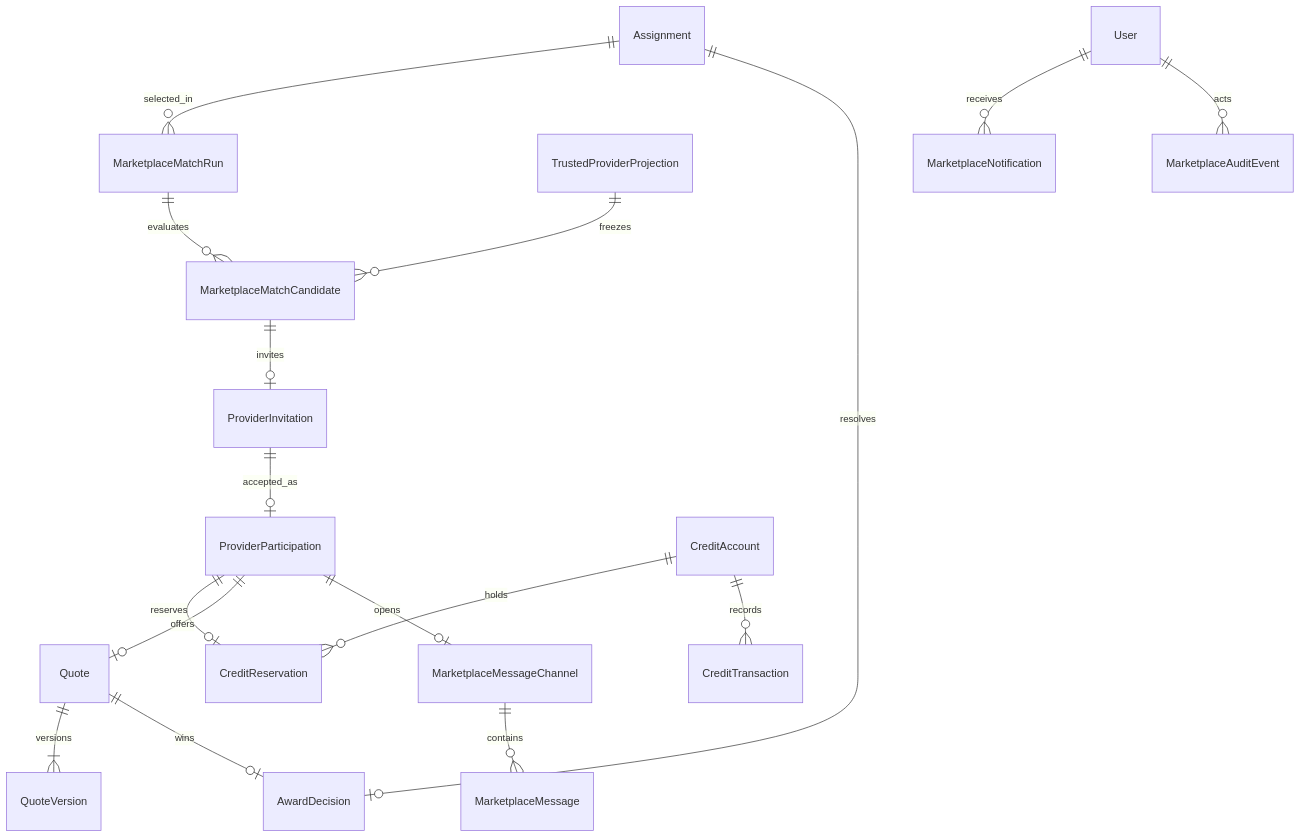
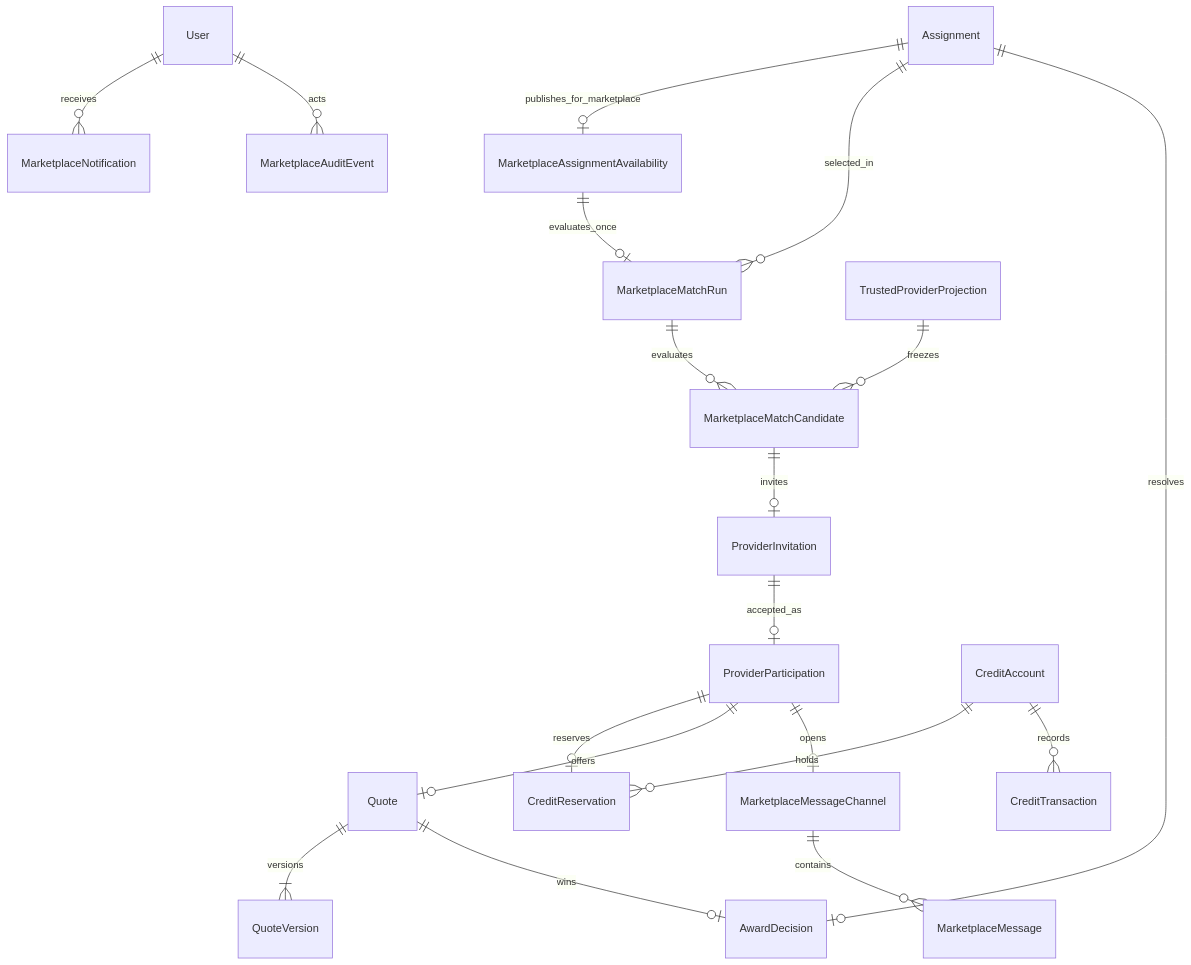
One commit to WorkMatchr/platform changed diagram 16 of 18 in docs/ERD.md. Above: the diagram before and after it, drawn with Mermaid. The commit also changed other lines of this file and 16 other files, not shown here.

Commit message:
Add marketplace assignment eligibility events

````diff
--- a/docs/ERD.md
+++ b/docs/ERD.md
@@ -621,19 +621,21 @@
 ```mermaid
 erDiagram
+  Assignment ||--o| MarketplaceAssignmentAvailability : publishes_for_marketplace
+  MarketplaceAssignmentAvailability ||--o| MarketplaceMatchRun : evaluates_once
   Assignment ||--o{ MarketplaceMatchRun : selected_in
   MarketplaceMatchRun ||--o{ MarketplaceMatchCandidate : evaluates
   TrustedProviderProjection ||--o{ MarketplaceMatchCandidate : freezes
   MarketplaceMatchCandidate ||--o| ProviderInvitation : invites
   ProviderInvitation ||--o| ProviderParticipation : accepted_as
   ProviderParticipation ||--o| CreditReservation : reserves
   ProviderParticipation ||--o| Quote : offers
   Quote ||--|{ QuoteVersion : versions
   Quote ||--o| AwardDecision : wins
   Assignment ||--o| AwardDecision : resolves
   CreditAccount ||--o{ CreditReservation : holds
   CreditAccount ||--o{ CreditTransaction : records
   ProviderParticipation ||--o| MarketplaceMessageChannel : opens
   MarketplaceMessageChannel ||--o{ MarketplaceMessage : contains
   User ||--o{ MarketplaceNotification : receives
   User ||--o{ MarketplaceAuditEvent : acts
 ```
````
